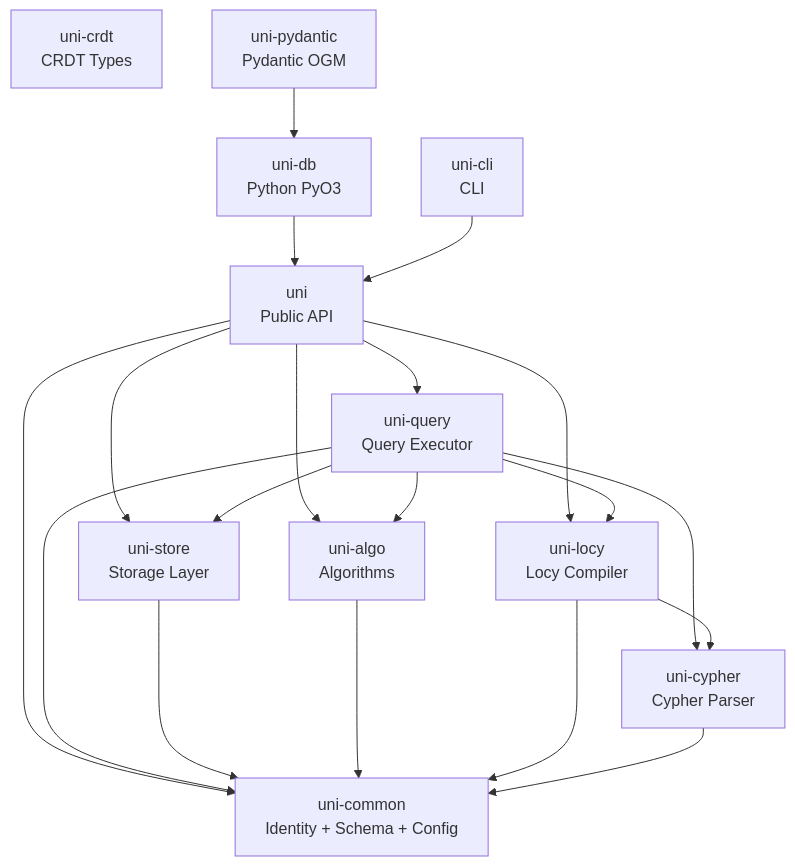
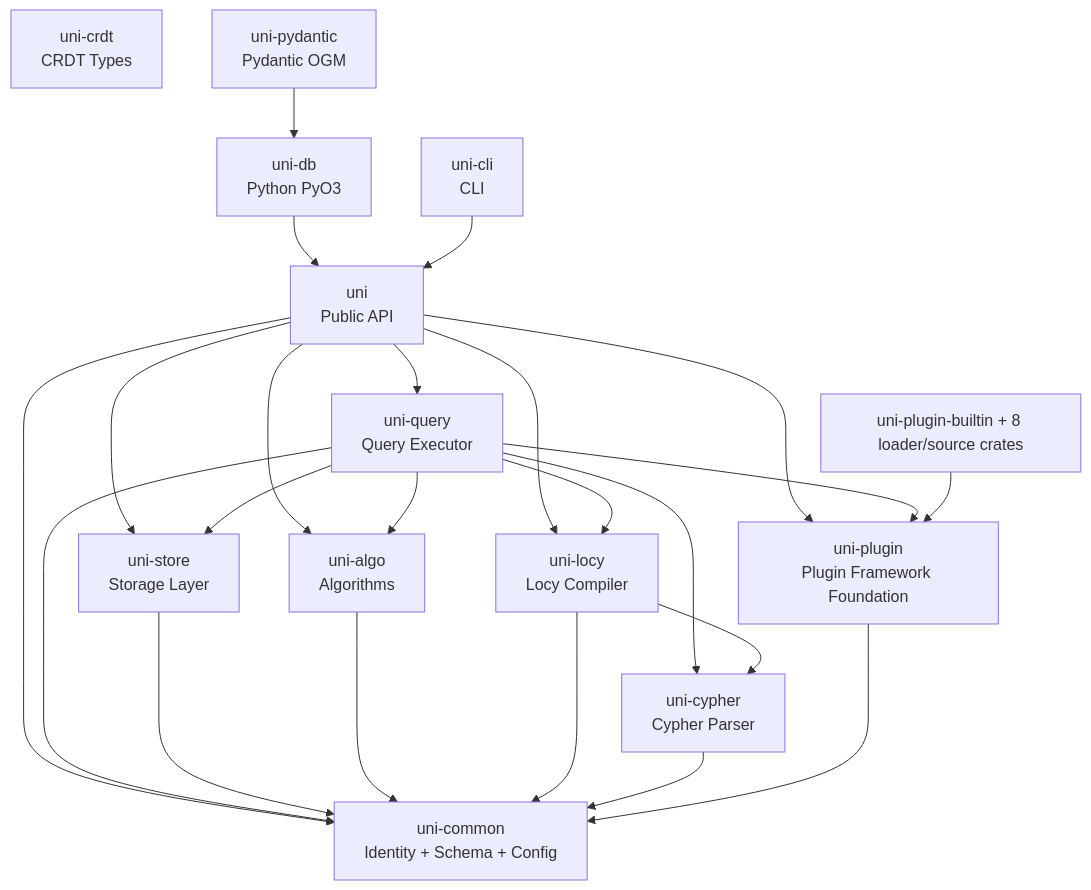
Before and after one commit to milliondreams/uni-db: the fourth of 34 diagrams in docs/UNI_BLACK_BOOK.md, drawn with Mermaid. The commit also changed other lines of this file, not shown here.

First line of the commit message:
docs(black-book): add Part XVII Plugin Framework + reflect shipped WASM/trust

````diff
--- a/docs/UNI_BLACK_BOOK.md
+++ b/docs/UNI_BLACK_BOOK.md
@@ -204,26 +219,31 @@
 ```mermaid
 graph TB
     uni[uni<br/>Public API] --> uni-query
     uni --> uni-store
     uni --> uni-algo
     uni --> uni-locy
     uni --> uni-common
 
     uni-query[uni-query<br/>Query Executor] --> uni-cypher
     uni-query --> uni-store
     uni-query --> uni-common
     uni-query --> uni-algo
     uni-query --> uni-locy
 
     uni-store[uni-store<br/>Storage Layer] --> uni-common
     uni-algo[uni-algo<br/>Algorithms] --> uni-common
     uni-locy[uni-locy<br/>Locy Compiler] --> uni-cypher
     uni-locy --> uni-common
     uni-cypher[uni-cypher<br/>Cypher Parser] --> uni-common
     uni-crdt[uni-crdt<br/>CRDT Types]
     uni-common[uni-common<br/>Identity + Schema + Config]
 
     uni-db[uni-db<br/>Python PyO3] --> uni
     uni-pydantic[uni-pydantic<br/>Pydantic OGM] --> uni-db
     uni-cli[uni-cli<br/>CLI] --> uni
+
+    uni --> uni-plugin
+    uni-query --> uni-plugin
+    uni-plugin[uni-plugin<br/>Plugin Framework Foundation] --> uni-common
+    uni-plugin-builtin[uni-plugin-builtin + 8 loader/source crates] --> uni-plugin
 ```
````
